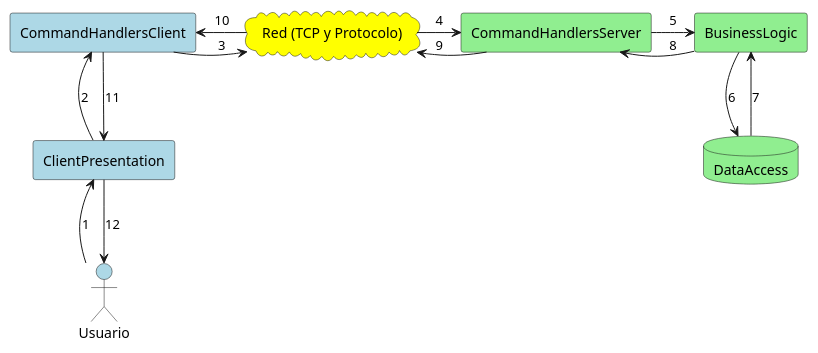
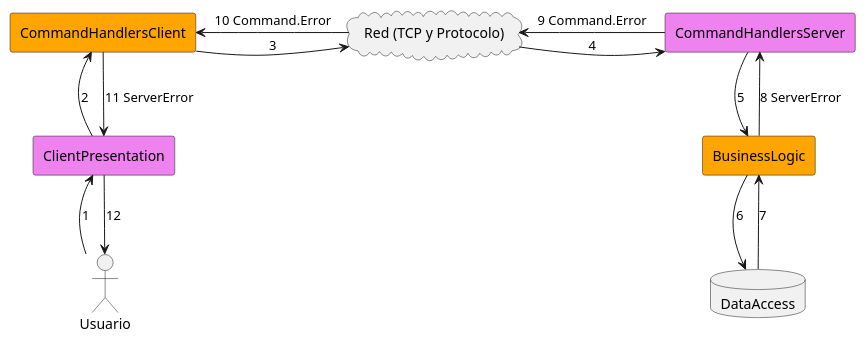
Before and after one commit to agustinadisiot/ProgramacionRedesOB: the diagram in plantuml - no entregar/comunicacion.plantuml, drawn with PlantUML. The commit also changed 1 other file, not shown here.

```diff
--- a/plantuml - no entregar/comunicacion.plantuml
+++ b/plantuml - no entregar/comunicacion.plantuml
@@ -1,32 +1,32 @@
 @startuml
-actor  Usuario #LightBlue
-agent ClientPresentation #LightBlue
-agent CommandHandlersClient #LightBlue
-agent CommandHandlersServer #LightGreen
-cloud "Red (TCP y Protocolo)" as Red #Yellow
-database DataAccess #LightGreen
-agent BusinessLogic #LightGreen
+actor  Usuario 
+agent ClientPresentation #Violet
+agent CommandHandlersClient #Orange
+agent CommandHandlersServer  #Violet
+cloud "Red (TCP y Protocolo)" as Red
+database DataAccess 
+agent BusinessLogic  #Orange
 
 
 Usuario -up-> ClientPresentation: 1
 ClientPresentation -down-> Usuario : 12
 
 ClientPresentation -up-> CommandHandlersClient: 2
-CommandHandlersClient -down-> ClientPresentation : 11
+CommandHandlersClient -down-> ClientPresentation : 11 ServerError
 
 CommandHandlersClient -right-> Red: 3
-Red -left-> CommandHandlersClient : 10
+Red -left-> CommandHandlersClient : 10 Command.Error
 Red -right-> CommandHandlersServer: 4
-CommandHandlersServer -left-> Red : 9
+CommandHandlersServer -left-> Red : 9 Command.Error
 
-CommandHandlersServer -right-> BusinessLogic: 5
-BusinessLogic -left-> CommandHandlersServer : 8
+CommandHandlersServer -down-> BusinessLogic: 5
+BusinessLogic -up-> CommandHandlersServer : 8 ServerError
 
 BusinessLogic -down-> DataAccess: 6
 DataAccess -up-> BusinessLogic : 7
 
 /'one -right-> two: message 1-->2
 two -right-> three: message 2-->3
 two --> four: message 2-->4
 three -[hidden]- four'/
 @enduml
```
